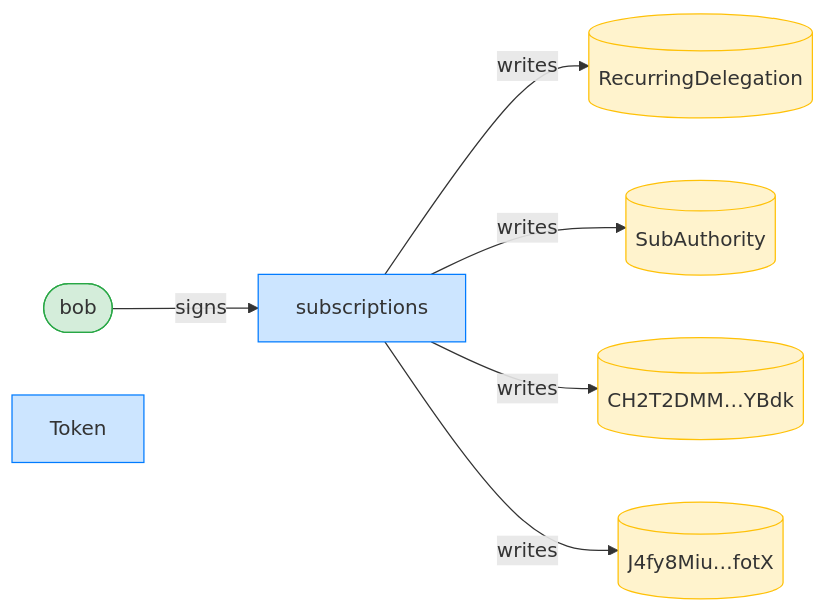
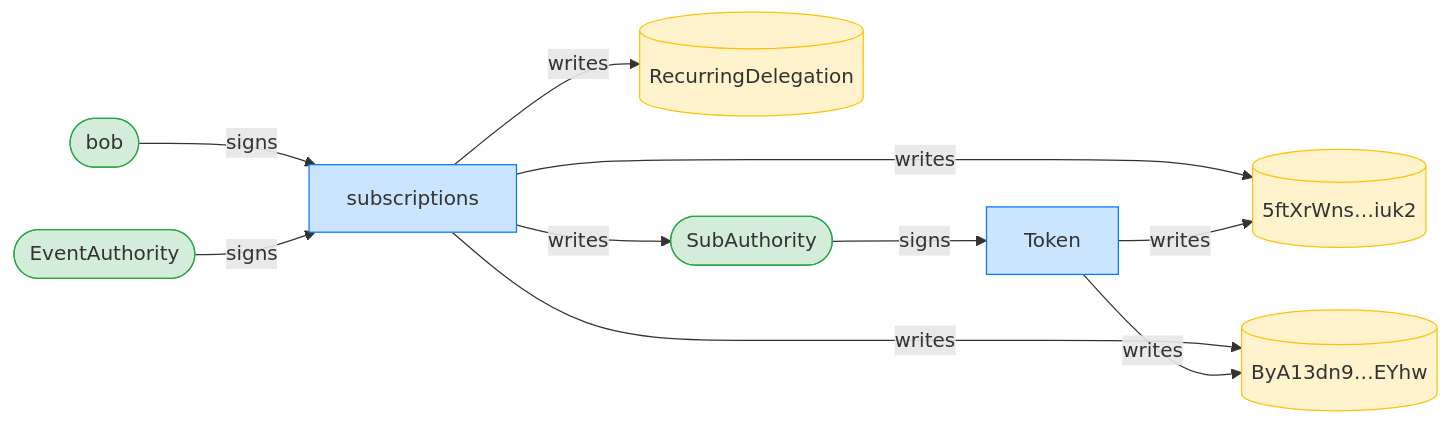
Diagram 11 of 16 in dsl_tests/skipped-periods-do-not-accumulate-allowance.md (cds-rs/subscriptions), drawn with Mermaid before and after one commit. The commit also changed other lines of this file and 224 other files, not shown here.

````diff
--- a/dsl_tests/skipped-periods-do-not-accumulate-allowance.md
+++ b/dsl_tests/skipped-periods-do-not-accumulate-allowance.md
@@ -214,18 +223,23 @@
 ```mermaid
 flowchart LR
     classDef signer fill:#d4edda,stroke:#28a745;
     classDef program fill:#cce5ff,stroke:#007bff;
     classDef writable fill:#fff3cd,stroke:#ffc107;
     subscriptions[subscriptions]:::program
     RecurringDelegation[(RecurringDelegation)]:::writable
-    SubAuthority[(SubAuthority)]:::writable
-    CH2T2DMM_YBdk[("CH2T2DMM…YBdk")]:::writable
-    J4fy8Miu_fotX[("J4fy8Miu…fotX")]:::writable
+    SubAuthority([SubAuthority]):::signer
+    5ftXrWns_iuk2[("5ftXrWns…iuk2")]:::writable
+    ByA13dn9_EYhw[("ByA13dn9…EYhw")]:::writable
     bob([bob]):::signer
     Token[Token]:::program
+    EventAuthority([EventAuthority]):::signer
     bob -->|signs| subscriptions
+    SubAuthority -->|signs| Token
+    EventAuthority -->|signs| subscriptions
     subscriptions -->|writes| RecurringDelegation
     subscriptions -->|writes| SubAuthority
-    subscriptions -->|writes| CH2T2DMM_YBdk
-    subscriptions -->|writes| J4fy8Miu_fotX
+    subscriptions -->|writes| 5ftXrWns_iuk2
+    subscriptions -->|writes| ByA13dn9_EYhw
+    Token -->|writes| 5ftXrWns_iuk2
+    Token -->|writes| ByA13dn9_EYhw
 ```
````
